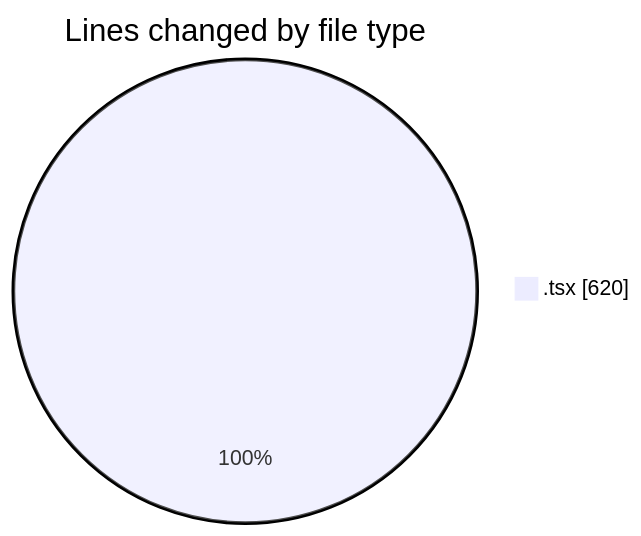
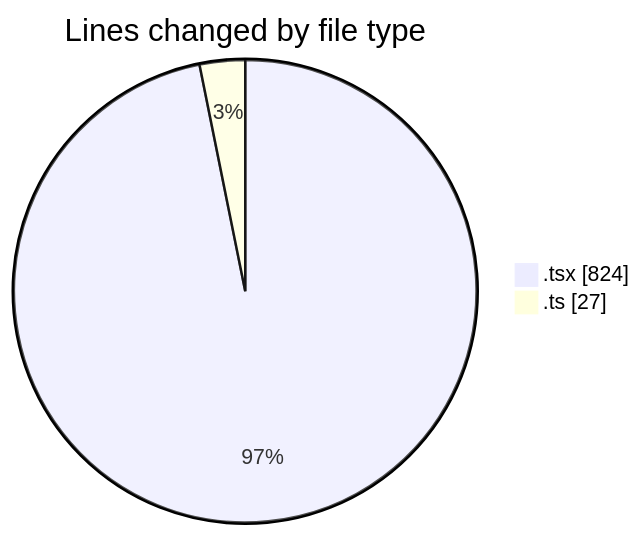
One commit to momahboobian/code-tracking changed the first of 2 diagrams in 2025-02-11/cda/README.md. Above: the diagram before and after it, drawn with Mermaid. The commit also changed other lines of this file and 1 other file, not shown here.

````diff
--- a/2025-02-11/cda/README.md
+++ b/2025-02-11/cda/README.md
@@ -20,5 +21,6 @@
 ```mermaid
 pie showData
 title Lines changed by file type
-".tsx" : 620
+".tsx" : 824
+".ts" : 27
 ```
````
